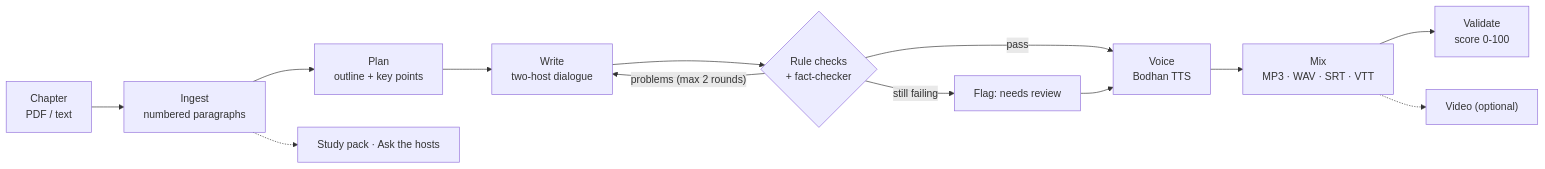
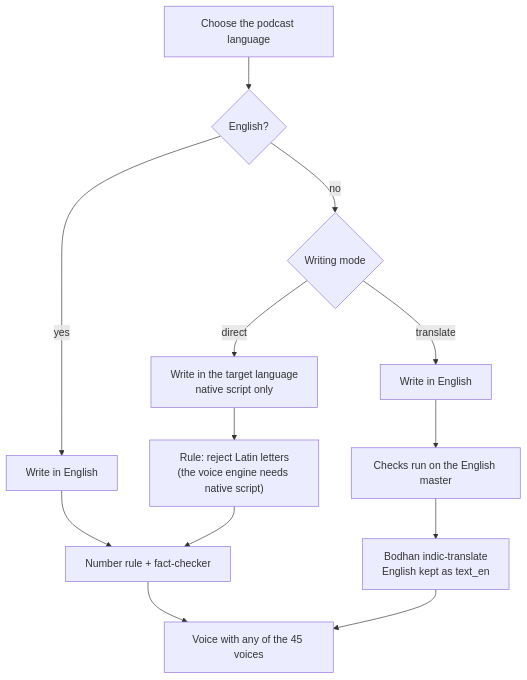
One commit to Mahith2203/Podcast-Generation-DA7016 changed the first of 9 diagrams in README.md. Above: the diagram before and after it, drawn with Mermaid. The commit also changed other lines of this file, not shown here.

````diff
--- a/README.md
+++ b/README.md
@@ -145,14 +121,15 @@
 ```mermaid
-flowchart LR
-    A["Chapter<br/>PDF / text"] --> B["Ingest<br/>numbered paragraphs"]
-    B --> C["Plan<br/>outline + key points"]
-    C --> D["Write<br/>two-host dialogue"]
-    D --> E{"Rule checks<br/>+ fact-checker"}
-    E -- "problems (max 2 rounds)" --> D
-    E -- pass --> F["Voice<br/>Bodhan TTS"]
-    E -- "still failing" --> G["Flag: needs review"] --> F
-    F --> H["Mix<br/>MP3 · WAV · SRT · VTT"]
-    H --> I["Validate<br/>score 0-100"]
-    H -.-> J["Video (optional)"]
-    B -.-> K["Study pack · Ask the hosts"]
+flowchart TD
+    A["Choose the podcast language"] --> B{"English?"}
+    B -- yes --> C["Write in English"]
+    B -- no --> D{"Writing mode"}
+    D -- "direct" --> E["Write in the target language<br/>native script only"]
+    E --> F["Rule: reject Latin letters<br/>(the voice engine needs native script)"]
+    D -- "translate" --> G["Write in English"]
+    G --> H["Checks run on the English master"]
+    H --> I["Bodhan indic-translate<br/>English kept as text_en"]
+    C --> J["Number rule + fact-checker"]
+    F --> J
+    J --> K["Voice with any of the 45 voices"]
+    I --> K
 ```
````
